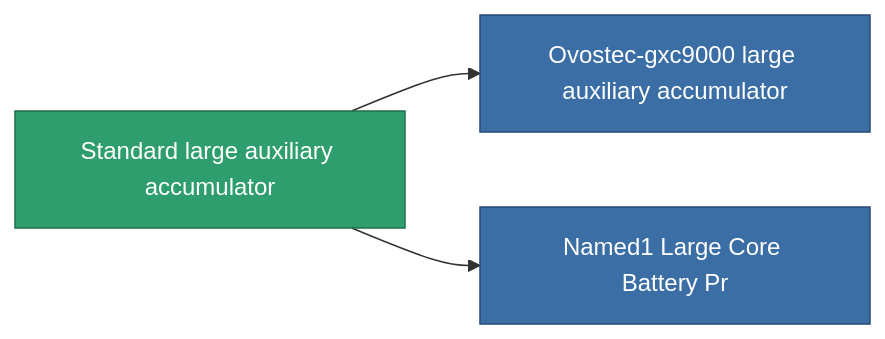
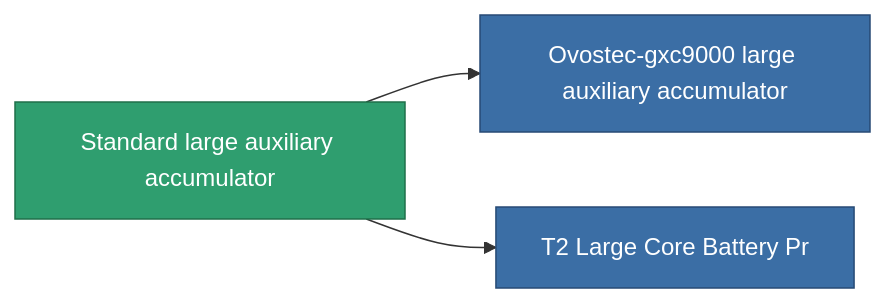
The diagram in content/content/items/standard_large_core_battery.md (OpenPerpetuum/Wiki), drawn with Mermaid before and after one commit. The commit also changed other lines of this file and 4904 other files, not shown here.

````diff
--- a/content/content/items/standard_large_core_battery.md
+++ b/content/content/items/standard_large_core_battery.md
@@ -53,13 +43,13 @@
 ```mermaid
 graph LR
     a["Standard large auxiliary accumulator"]:::current
     b["Ovostec-gxc9000 large auxiliary accumulator"]:::prod
     a --> b
     click b "/content/items/named1-large-core-battery/" "Ovostec-gxc9000 large auxiliary accumulator"
-    c["Named1 Large Core Battery Pr"]:::prod
+    c["T2 Large Core Battery Pr"]:::prod
     a --> c
-    click c "/content/items/named1-large-core-battery-pr/" "Named1 Large Core Battery Pr"
+    click c "/content/items/named1-large-core-battery-pr/" "T2 Large Core Battery Pr"
     classDef current fill:#2f9e6f,stroke:#1f6f4a,color:#ffffff
     classDef prod fill:#3b6ea5,stroke:#274a75,color:#ffffff
     classDef more fill:#39445a,stroke:#54658a,color:#d5dbe8
 ```
````
